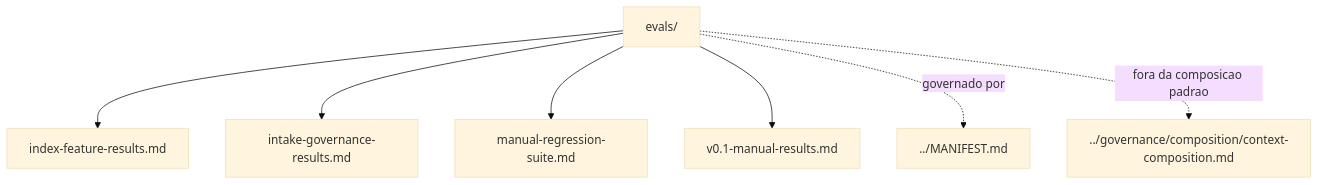
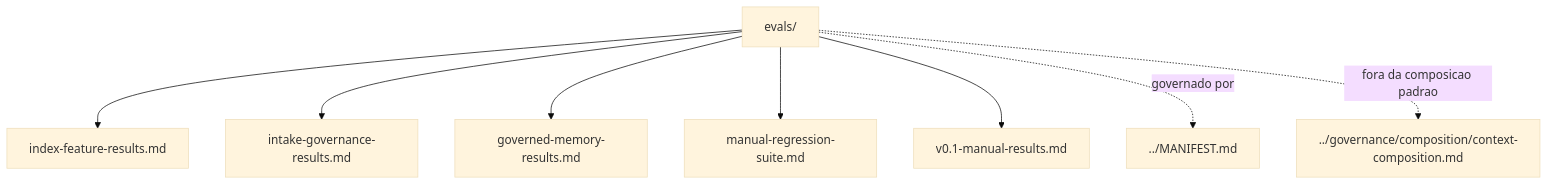
Before and after one commit to moreira-and/agent-ops: the diagram in evals/README.md, drawn with Mermaid (base theme). The commit also changed other lines of this file and 13 other files, not shown here.

````diff
--- a/evals/README.md
+++ b/evals/README.md
@@ -101,10 +102,11 @@
 ```mermaid
 flowchart TD
     current["evals/"]
     current --> n1["index-feature-results.md"]
     current --> n2["intake-governance-results.md"]
-    current --> n3["manual-regression-suite.md"]
-    current --> n4["v0.1-manual-results.md"]
-    current -. "governado por" .-> n5["../MANIFEST.md"]
-    current -. "fora da composicao padrao" .-> n6["../governance/composition/context-composition.md"]
+    current --> n3["governed-memory-results.md"]
+    current --> n4["manual-regression-suite.md"]
+    current --> n5["v0.1-manual-results.md"]
+    current -. "governado por" .-> n6["../MANIFEST.md"]
+    current -. "fora da composicao padrao" .-> n7["../governance/composition/context-composition.md"]
 ```
````
